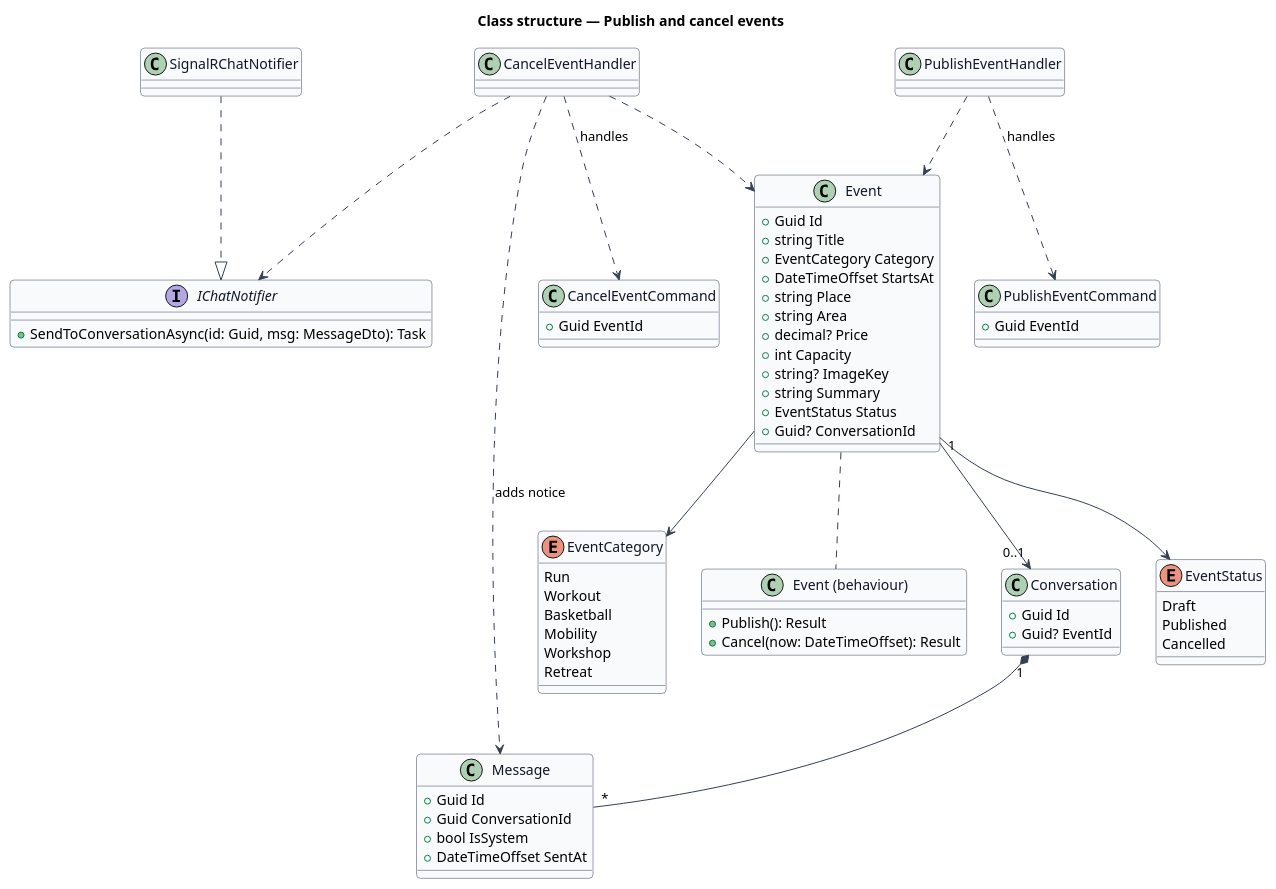
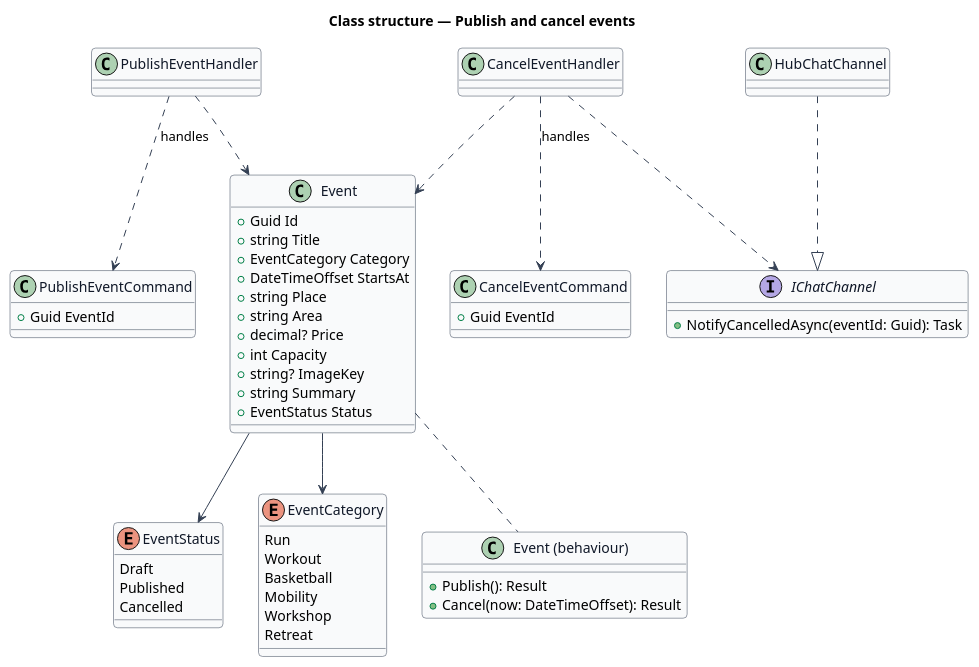
The diagram in docs/detailed-designs/admin-events/publish-and-cancel-events/diagrams/class.puml (QuinntyneBrown/christian-fitness), drawn with PlantUML before and after one commit. The commit also changed 32 other files, not shown here.

```diff
--- a/docs/detailed-designs/admin-events/publish-and-cancel-events/diagrams/class.puml
+++ b/docs/detailed-designs/admin-events/publish-and-cancel-events/diagrams/class.puml
@@ -1,80 +1,66 @@
 @startuml
 skinparam backgroundColor #FFFFFF
 skinparam shadowing false
 skinparam roundcorner 8
 skinparam defaultFontName Arial
 skinparam ArrowColor #344054
 skinparam class {
   BorderColor #344054
   FontColor #101828
   BackgroundColor #F9FAFB
 }
 title Class structure — Publish and cancel events
 
 class Event {
   +Guid Id
   +string Title
   +EventCategory Category
   +DateTimeOffset StartsAt
   +string Place
   +string Area
   +decimal? Price
   +int Capacity
   +string? ImageKey
   +string Summary
   +EventStatus Status
-  +Guid? ConversationId
 }
 enum EventStatus {
   Draft
   Published
   Cancelled
 }
 enum EventCategory {
   Run
   Workout
   Basketball
   Mobility
   Workshop
   Retreat
 }
 Event --> EventStatus
 Event --> EventCategory
 class "Event (behaviour)" as EventB {
   +Publish(): Result
   +Cancel(now: DateTimeOffset): Result
 }
-class Conversation {
-  +Guid Id
-  +Guid? EventId
-}
-class Message {
-  +Guid Id
-  +Guid ConversationId
-  +bool IsSystem
-  +DateTimeOffset SentAt
-}
 class PublishEventCommand {
   +Guid EventId
 }
 class CancelEventCommand {
   +Guid EventId
 }
 class PublishEventHandler
 class CancelEventHandler
-interface IChatNotifier {
-  +SendToConversationAsync(id: Guid, msg: MessageDto): Task
+interface IChatChannel {
+  +NotifyCancelledAsync(eventId: Guid): Task
 }
-class SignalRChatNotifier
+class HubChatChannel
 
 Event .. EventB
-Event "1" --> "0..1" Conversation
-Conversation "1" *-- "*" Message
 PublishEventHandler ..> PublishEventCommand : handles
 CancelEventHandler ..> CancelEventCommand : handles
 PublishEventHandler ..> Event
 CancelEventHandler ..> Event
-CancelEventHandler ..> Message : adds notice
-CancelEventHandler ..> IChatNotifier
-SignalRChatNotifier ..|> IChatNotifier
+CancelEventHandler ..> IChatChannel
+HubChatChannel ..|> IChatChannel
 @enduml
```
